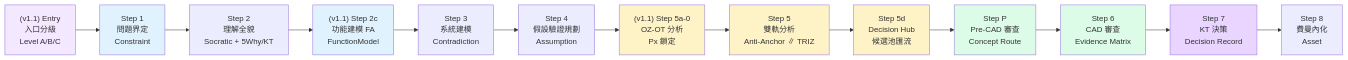
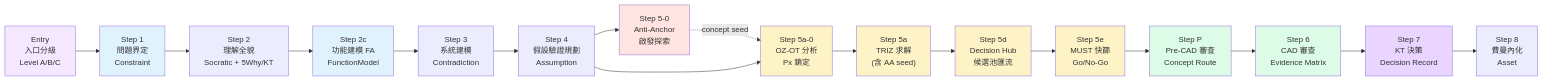
One commit to Zenobia0000/RD_copilot_system changed the first of 5 diagrams in docs/01-define/E3--system-interaction-flow.md. Above: the diagram before and after it, drawn with Mermaid. The commit also changed other lines of this file and 35 other files, not shown here.

````diff
--- a/docs/01-define/E3--system-interaction-flow.md
+++ b/docs/01-define/E3--system-interaction-flow.md
@@ -28,25 +28,32 @@
 ```mermaid
 graph LR
-    S0["(v1.1) Entry<br/>入口分級<br/>Level A/B/C"] --> S1["Step 1<br/>問題界定<br/>Constraint"]
+    S0["Entry<br/>入口分級<br/>Level A/B/C"] --> S1["Step 1<br/>問題界定<br/>Constraint"]
     S1 --> S2["Step 2<br/>理解全貌<br/>Socratic + 5Why/KT"]
-    S2 --> S2c["(v1.1) Step 2c<br/>功能建模 FA<br/>FunctionModel"]
+    S2 --> S2c["Step 2c<br/>功能建模 FA<br/>FunctionModel"]
     S2c --> S3["Step 3<br/>系統建模<br/>Contradiction"]
     S3 --> S4["Step 4<br/>假設驗證規劃<br/>Assumption"]
-    S4 --> S5a0["(v1.1) Step 5a-0<br/>OZ-OT 分析<br/>Px 鎖定"]
-    S5a0 --> S5["Step 5<br/>雙軌分析<br/>Anti-Anchor ∥ TRIZ"]
-    S5 --> S5d["Step 5d<br/>Decision Hub<br/>候選池匯流"]
-    S5d --> SP["Step P<br/>Pre-CAD 審查<br/>Concept Route"]
+
+    S4 --> S5aa["Step 5-0<br/>Anti-Anchor<br/>啟發探索"]
+    S5aa -.->|"concept seed"| S5a0
+
+    S4 --> S5a0["Step 5a-0<br/>OZ-OT 分析<br/>Px 鎖定"]
+    S5a0 --> S5a["Step 5a<br/>TRIZ 求解<br/>(含 AA seed)"]
+    S5a --> S5d["Step 5d<br/>Decision Hub<br/>候選池匯流"]
+    S5d --> S5e["Step 5e<br/>MUST 快篩<br/>Go/No-Go"]
+    S5e --> SP["Step P<br/>Pre-CAD 審查<br/>Concept Route"]
     SP --> S6["Step 6<br/>CAD 審查<br/>Evidence Matrix"]
     S6 --> S7["Step 7<br/>KT 決策<br/>Decision Record"]
     S7 --> S8["Step 8<br/>費曼內化<br/>Asset"]
 
     style S0 fill:#F3E8FF
     style S1 fill:#E0F2FE
     style S2c fill:#E0F2FE
+    style S5aa fill:#FFE4E1
     style S5a0 fill:#FEF3C7
-    style S5 fill:#FEF3C7
+    style S5a fill:#FEF3C7
     style S5d fill:#FEF3C7
+    style S5e fill:#FEF3C7
     style SP fill:#DCFCE7
     style S6 fill:#DCFCE7
     style S7 fill:#E9D5FF
 ```
````
